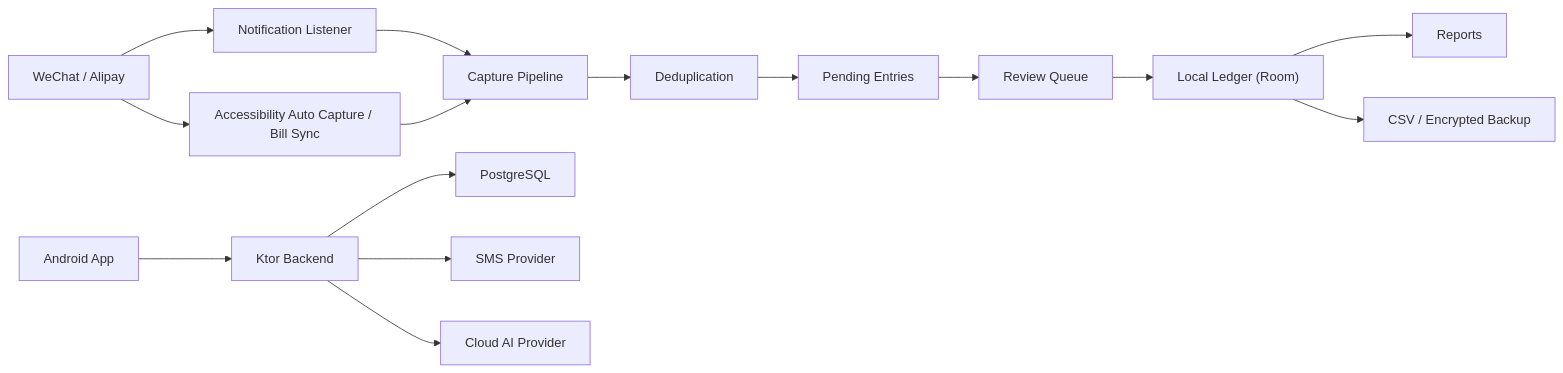
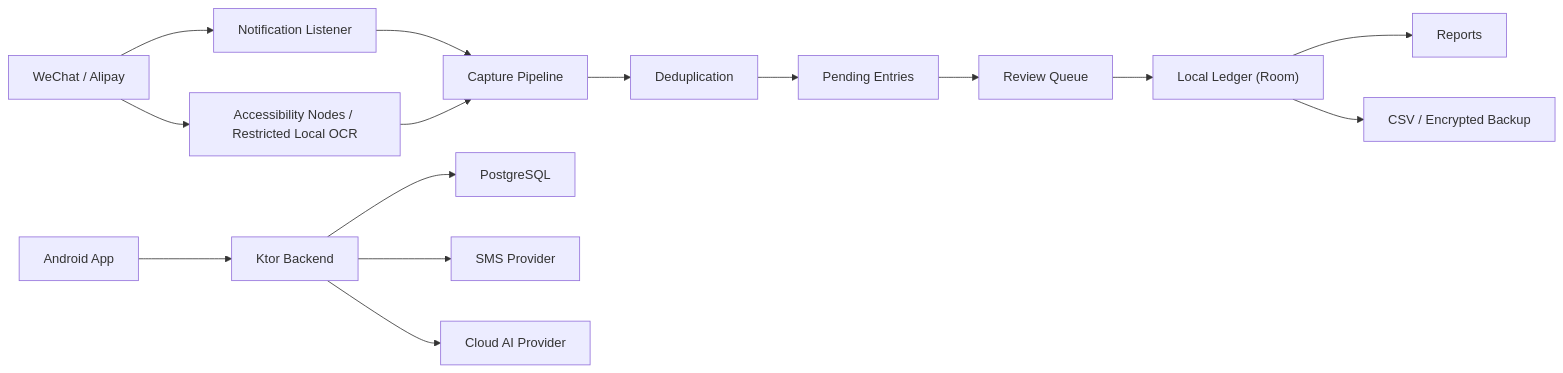
The diagram in docs/ARCHITECTURE.md (arfa069/auto-accounting), drawn with Mermaid before and after one commit. The commit also changed other lines of this file and 29 other files, not shown here.

````diff
--- a/docs/ARCHITECTURE.md
+++ b/docs/ARCHITECTURE.md
@@ -9,17 +9,17 @@
 ```mermaid
 flowchart LR
   WeChat["WeChat / Alipay"] --> Notify["Notification Listener"]
-  WeChat --> A11y["Accessibility Auto Capture / Bill Sync"]
+  WeChat --> A11y["Accessibility Nodes / Restricted Local OCR"]
   Notify --> Capture["Capture Pipeline"]
   A11y --> Capture
   Capture --> Dedupe["Deduplication"]
   Dedupe --> Pending["Pending Entries"]
   Pending --> Review["Review Queue"]
   Review --> Ledger["Local Ledger (Room)"]
   Ledger --> Reports["Reports"]
   Ledger --> Export["CSV / Encrypted Backup"]
   App["Android App"] --> Backend["Ktor Backend"]
   Backend --> PG["PostgreSQL"]
   Backend --> SMS["SMS Provider"]
   Backend --> AI["Cloud AI Provider"]
 ```
````
